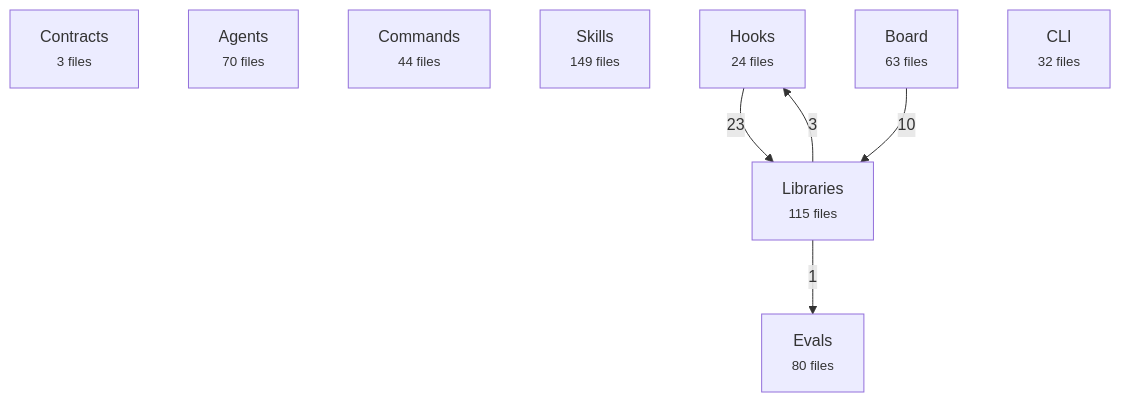
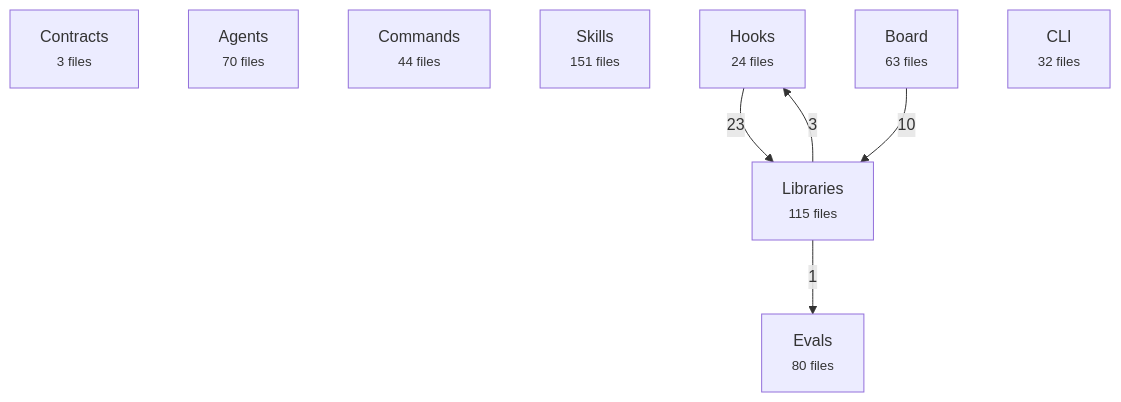
Before and after one commit to avelikiy/great_cto: the first of 2 diagrams in docs/reference/architecture-map.md, drawn with Mermaid. The commit also changed other lines of this file and 8 other files, not shown here.

````diff
--- a/docs/reference/architecture-map.md
+++ b/docs/reference/architecture-map.md
@@ -20,16 +20,16 @@
 ```mermaid
 flowchart TD
   contracts["Contracts<br/><small>3 files</small>"]
   agents["Agents<br/><small>70 files</small>"]
   commands["Commands<br/><small>44 files</small>"]
-  skills["Skills<br/><small>149 files</small>"]
+  skills["Skills<br/><small>151 files</small>"]
   hooks["Hooks<br/><small>24 files</small>"]
   libs["Libraries<br/><small>115 files</small>"]
   board["Board<br/><small>63 files</small>"]
   cli["CLI<br/><small>32 files</small>"]
   evals["Evals<br/><small>80 files</small>"]
   hooks -->|23| libs
   board -->|10| libs
   libs -->|3| hooks
   libs -->|1| evals
 ```
````
